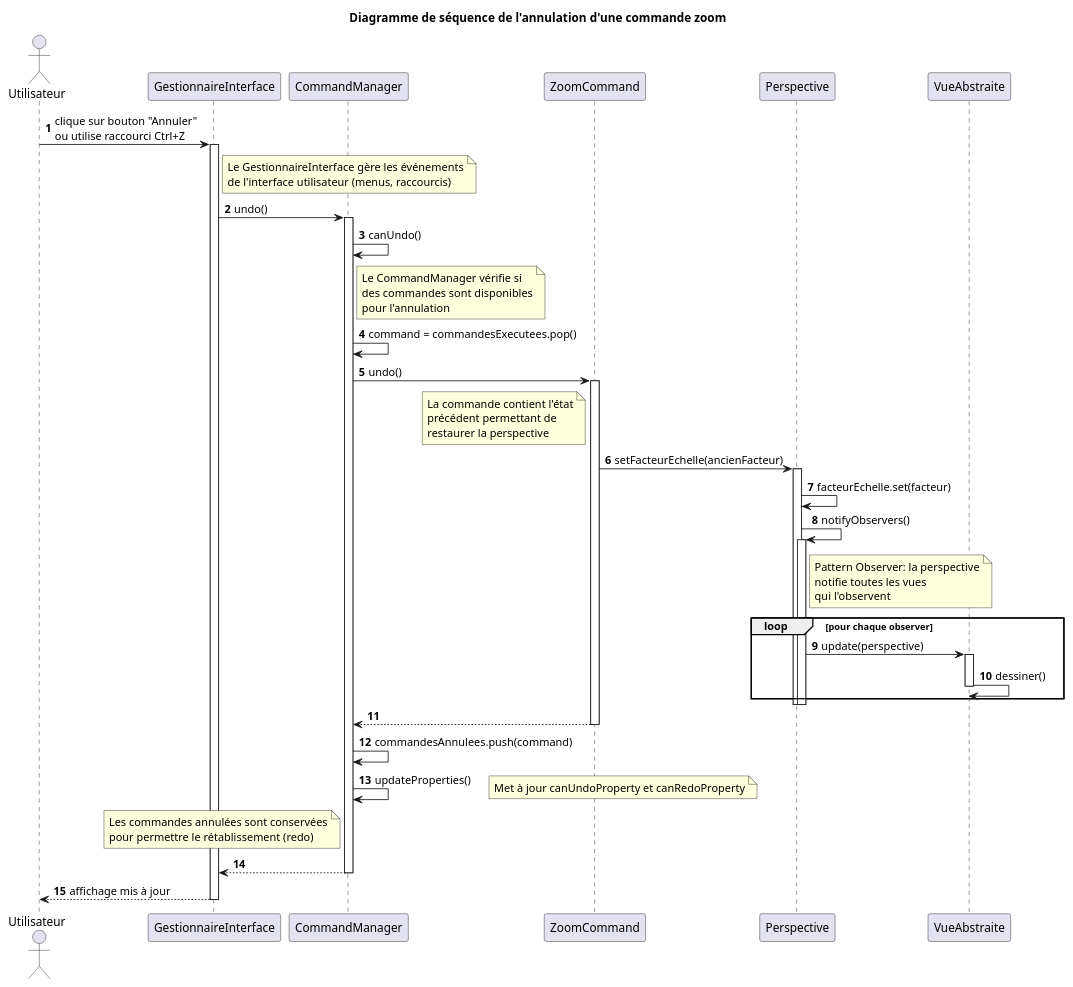
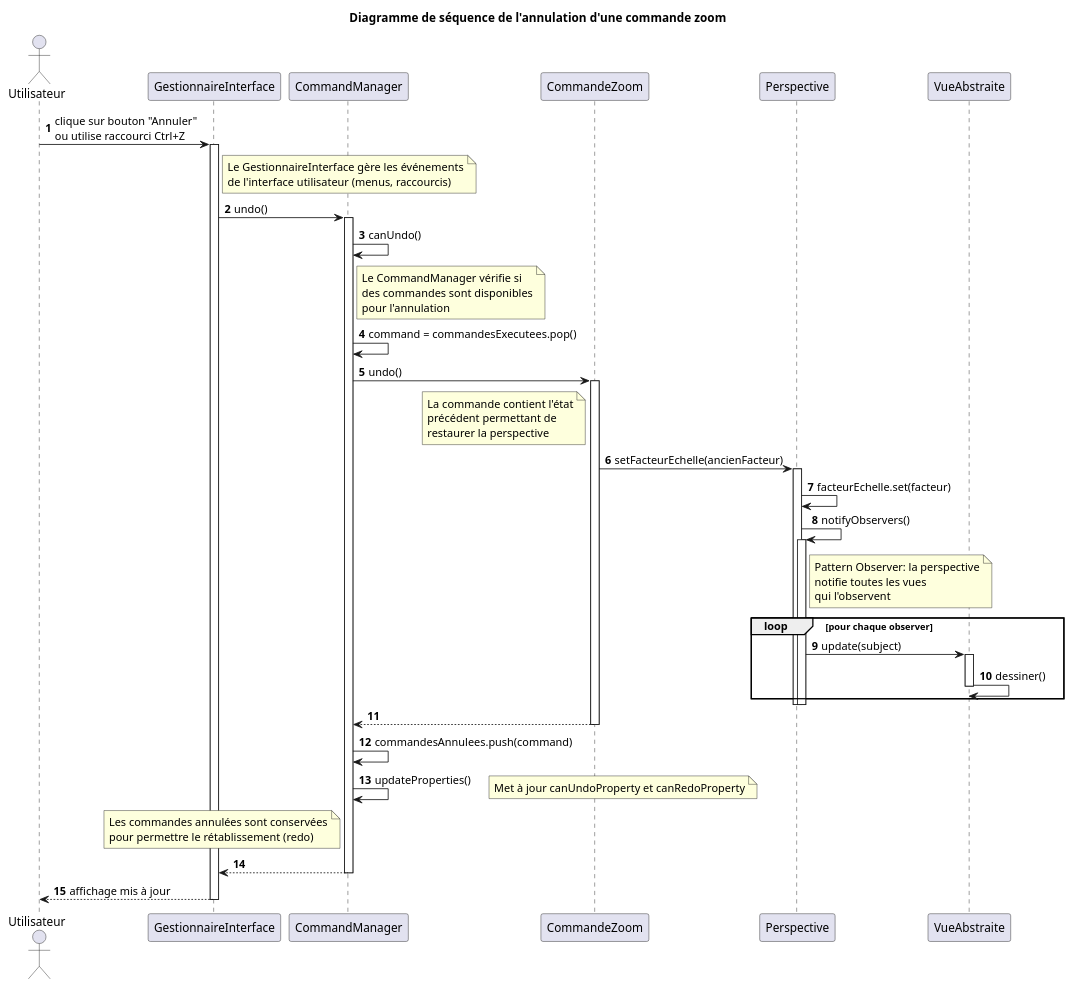
One commit to MasterGragra/LOG_Labo5 changed the diagram in docs/ds2.puml. Above: the diagram before and after it, drawn with PlantUML. The commit also changed 4 other files, not shown here.

```diff
--- a/docs/ds2.puml
+++ b/docs/ds2.puml
@@ -1,70 +1,70 @@
 @startuml
 autonumber
 title Diagramme de séquence de l'annulation d'une commande zoom
 actor Utilisateur
 participant "GestionnaireInterface" as GUI
 participant "CommandManager" as CmdMgr
-participant "ZoomCommand" as Cmd
+participant "CommandeZoom" as Cmd
 participant "Perspective" as Model
 participant "VueAbstraite" as Vue
 
 Utilisateur -> GUI : clique sur bouton "Annuler" \nou utilise raccourci Ctrl+Z
 activate GUI
     note right of GUI
         Le GestionnaireInterface gère les événements
         de l'interface utilisateur (menus, raccourcis)
     end note
 
     GUI -> CmdMgr : undo()
     activate CmdMgr
         CmdMgr -> CmdMgr : canUndo()
         note right of CmdMgr
             Le CommandManager vérifie si
             des commandes sont disponibles
             pour l'annulation
         end note
 
         CmdMgr -> CmdMgr : command = commandesExecutees.pop()
         CmdMgr -> Cmd : undo()
         activate Cmd
             note left of Cmd
                 La commande contient l'état
                 précédent permettant de
                 restaurer la perspective
             end note
 
             Cmd -> Model : setFacteurEchelle(ancienFacteur)
             activate Model
                 Model -> Model : facteurEchelle.set(facteur)
                 Model -> Model : notifyObservers()
                 activate Model
                     note right of Model
                         Pattern Observer: la perspective
                         notifie toutes les vues
                         qui l'observent
                     end note
 
                     loop pour chaque observer
-                        Model -> Vue : update(perspective)
+                        Model -> Vue : update(subject)
                         activate Vue
                             Vue -> Vue : dessiner()
                         deactivate Vue
                     end
                 deactivate Model
             deactivate Model
             Cmd --> CmdMgr
         deactivate Cmd
 
         CmdMgr -> CmdMgr : commandesAnnulees.push(command)
         CmdMgr -> CmdMgr : updateProperties()
         note right: Met à jour canUndoProperty et canRedoProperty
         note left of CmdMgr
             Les commandes annulées sont conservées
             pour permettre le rétablissement (redo)
         end note
 
         CmdMgr --> GUI
     deactivate CmdMgr
     GUI --> Utilisateur : affichage mis à jour
 deactivate GUI
 @enduml
```
